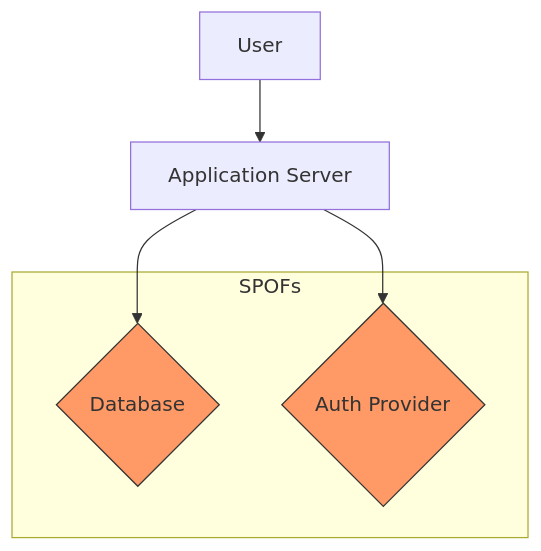
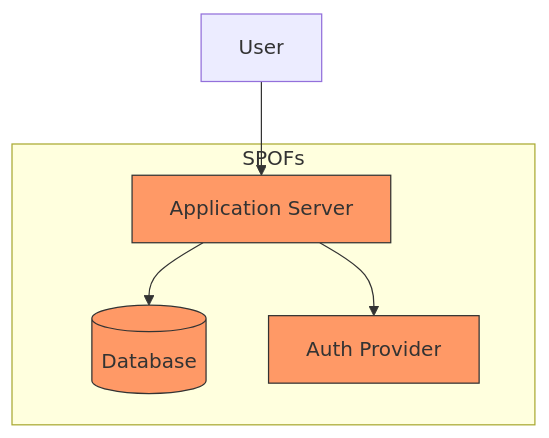
Before and after one commit to vaishvanara/techwritingkb: the diagram in docs/systems-thinking/single-point-of-failure.md, drawn with Mermaid. The commit also changed other lines of this file and 26 other files, not shown here.

````diff
--- a/docs/systems-thinking/single-point-of-failure.md
+++ b/docs/systems-thinking/single-point-of-failure.md
@@ -23,12 +23,16 @@
 ```mermaid
 graph TD
     User --> App[Application Server]
-    App --> DB{Database}
-    App --> Auth{Auth Provider}
+    App --> DB[(Database)]
+    App --> Auth[Auth Provider]
+    
     subgraph SPOFs
+    App
     DB
     Auth
     end
+    
+    style App fill:#f96,stroke:#333
     style DB fill:#f96,stroke:#333
     style Auth fill:#f96,stroke:#333
 ```
````
